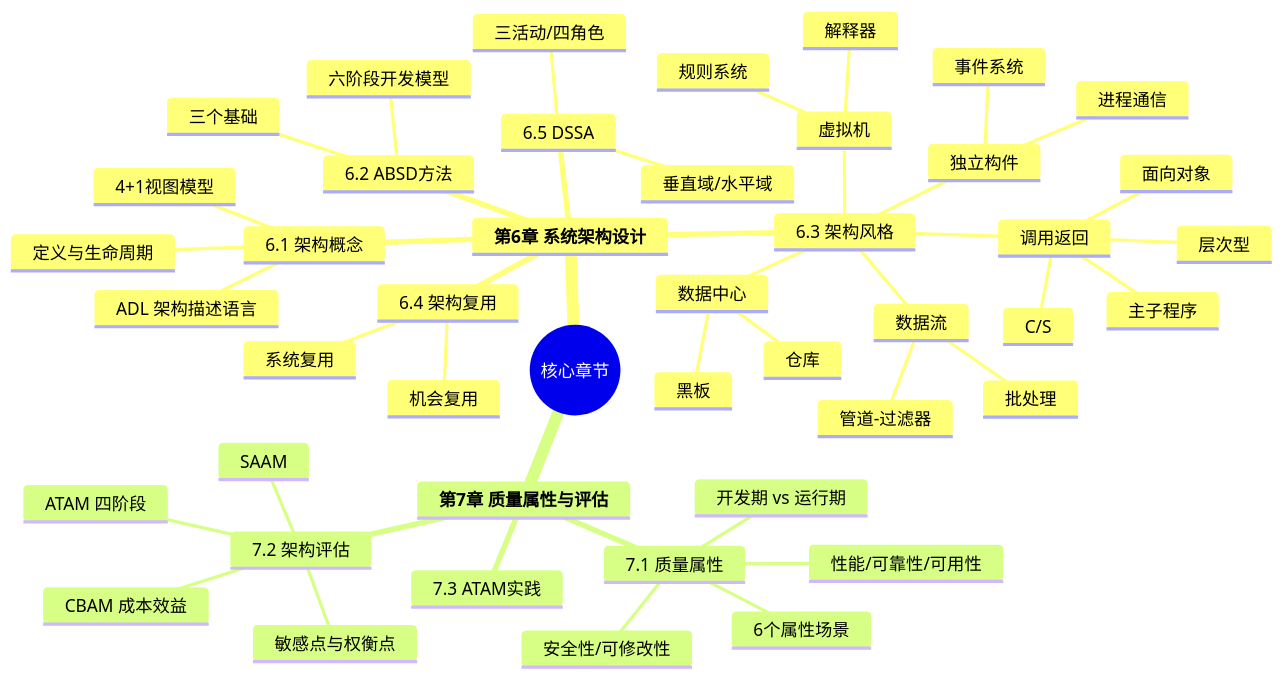
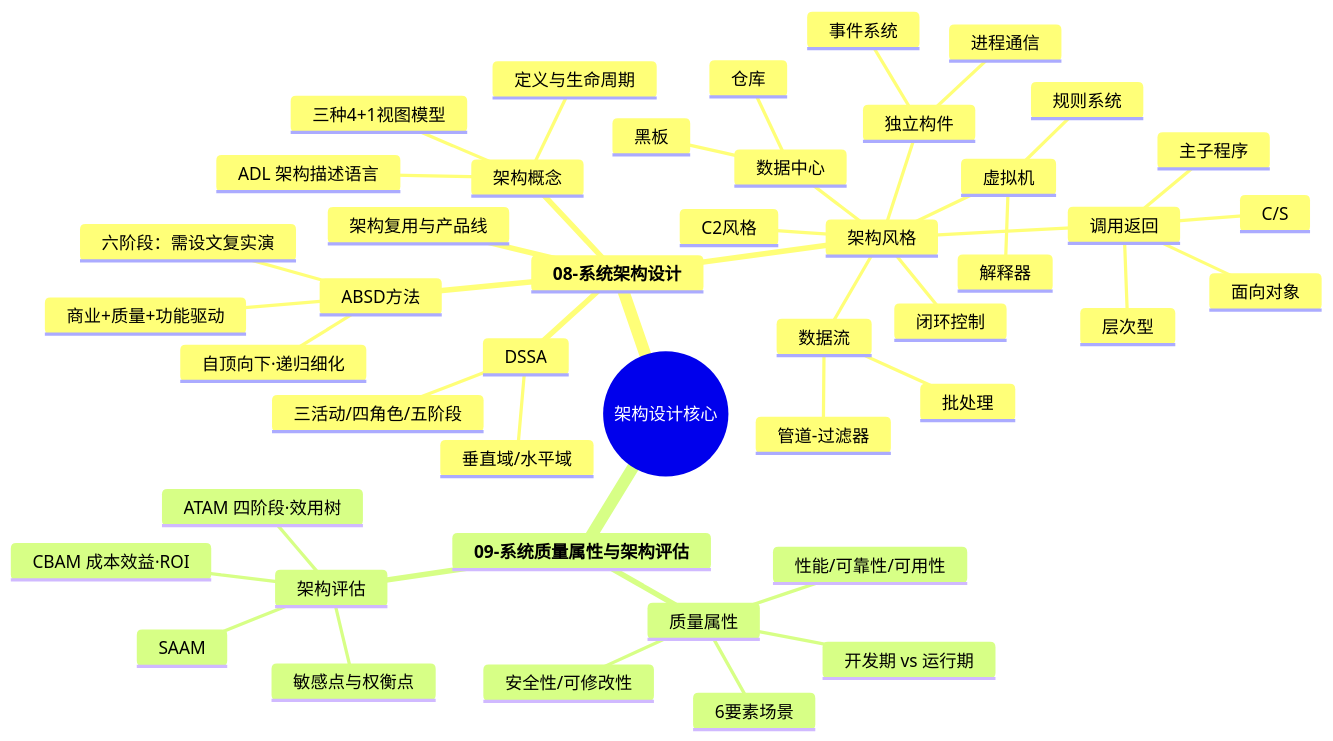
One commit to wanlinruo/system-architect-exam-prep changed the second of 9 diagrams in 01-综合知识/00-综合知识全景图.md. Above: the diagram before and after it, drawn with Mermaid. The commit also changed other lines of this file and 2 other files, not shown here.

First line of the commit message:
docs(A3): 更新综合知识全景图，对齐红宝书16文件结构

````diff
--- a/01-综合知识/00-综合知识全景图.md
+++ b/01-综合知识/00-综合知识全景图.md
@@ -37,48 +40,48 @@
 ```mermaid
 mindmap
-  root((核心章节))
-    **第6章 系统架构设计**
-      6.1 架构概念
+  root((架构设计核心))
+    **08-系统架构设计**
+      架构概念
         定义与生命周期
         ADL 架构描述语言
-        4+1视图模型
-      6.2 ABSD方法
-        三个基础
-        六阶段开发模型
-      6.3 架构风格
+        三种4+1视图模型
+      ABSD方法
+        自顶向下·递归细化
+        商业+质量+功能驱动
+        六阶段：需设文复实演
+      架构风格
         数据流
           批处理
           管道-过滤器
         调用返回
           主子程序
           面向对象
           层次型
           C/S
         数据中心
           仓库
           黑板
         虚拟机
           解释器
           规则系统
         独立构件
           进程通信
           事件系统
-      6.4 架构复用
-        机会复用
-        系统复用
-      6.5 DSSA
+        C2风格
+        闭环控制
+      架构复用与产品线
+      DSSA
         垂直域/水平域
-        三活动/四角色
-    **第7章 质量属性与评估**
-      7.1 质量属性
+        三活动/四角色/五阶段
+    **09-系统质量属性与架构评估**
+      质量属性
         开发期 vs 运行期
-        6个属性场景
+        6要素场景
         性能/可靠性/可用性
         安全性/可修改性
-      7.2 架构评估
+      架构评估
         敏感点与权衡点
         SAAM
-        ATAM 四阶段
-        CBAM 成本效益
-      7.3 ATAM实践
+        ATAM 四阶段·效用树
+        CBAM 成本效益·ROI
 ```
````
